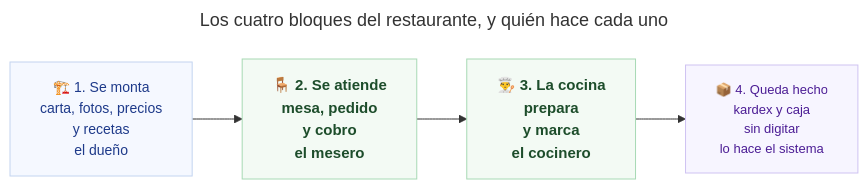
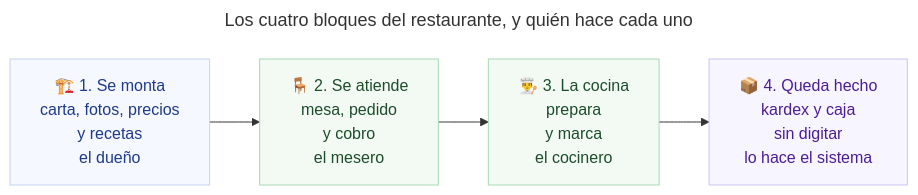
Before and after one commit to sotobotero/sotobotero-projects-docs: the first of 4 diagrams in ada/qa/guia-restaurante.md, drawn with Mermaid. The commit also changed other lines of this file and 6 other files, not shown here.

````diff
--- a/ada/qa/guia-restaurante.md
+++ b/ada/qa/guia-restaurante.md
@@ -14,20 +14,20 @@
 ```mermaid
 ---
 title: Los cuatro bloques del restaurante, y quién hace cada uno
 ---
 flowchart LR
     M["🏗️ 1. Se monta<br/>carta, fotos, precios<br/>y recetas<br/>el dueño"]:::monta
     A["🪑 2. Se atiende<br/>mesa, pedido<br/>y cobro<br/>el mesero"]:::atiende
     C["👨‍🍳 3. La cocina<br/>prepara<br/>y marca<br/>el cocinero"]:::atiende
     Q["📦 4. Queda hecho<br/>kardex y caja<br/>sin digitar<br/>lo hace el sistema"]:::sistema
 
     M --> A --> C --> Q
 
-    classDef monta fill:#f5f8ff,stroke:#c3d4f0,stroke-width:1px,color:#1e3a8a,font-size:14px
-    classDef atiende fill:#f3faf4,stroke:#a7d9b4,stroke-width:1px,color:#1d4d2b,font-size:15px,font-weight:600
-    classDef sistema fill:#f7f5ff,stroke:#cfc3f2,stroke-width:1px,color:#4c1d95,font-size:13px
+    classDef monta fill:#f5f8ff,stroke:#c3d4f0,stroke-width:1px,color:#1e3a8a
+    classDef atiende fill:#f3faf4,stroke:#a7d9b4,stroke-width:1px,color:#1d4d2b
+    classDef sistema fill:#f7f5ff,stroke:#cfc3f2,stroke-width:1px,color:#4c1d95
 
     click M "restaurante-configuracion.md" "Ver cómo se monta"
     click A "restaurante-configuracion.md" "Quién hace cada cosa"
     click C "restaurante-configuracion.md" "Quién hace cada cosa"
 ```
````
